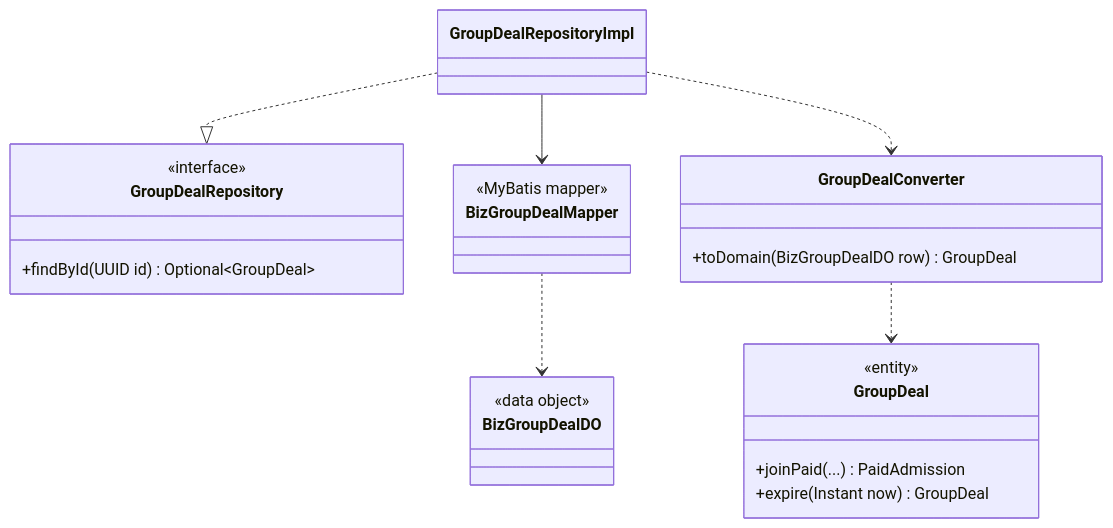
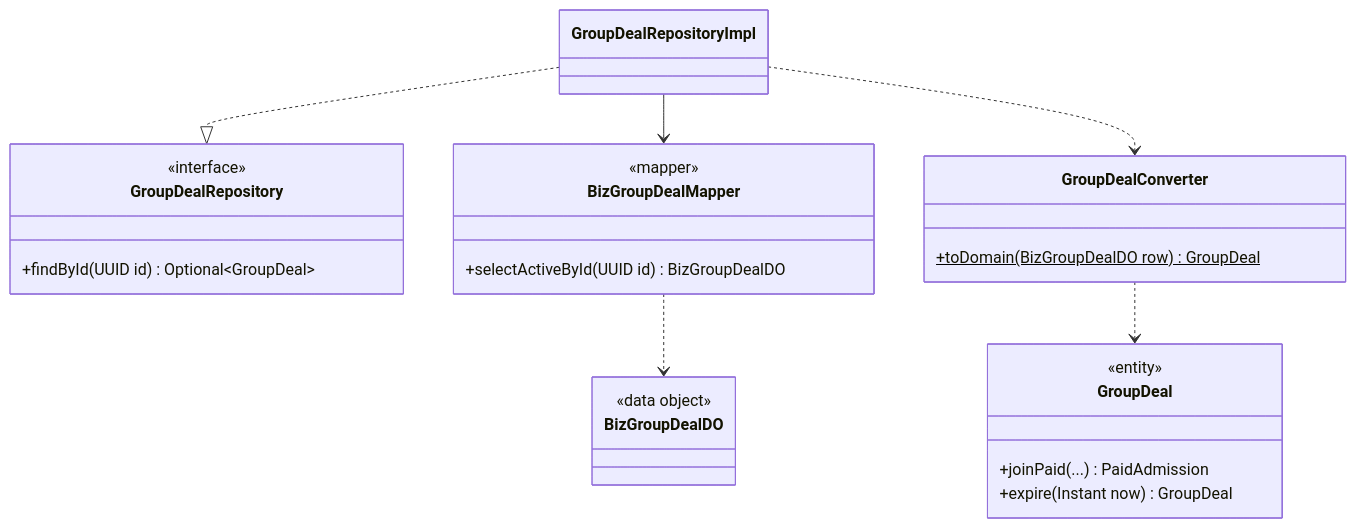
Before and after one commit to PPsyrius/iss-groupbuy-team8: the seventh of 14 diagrams in docs/swe5006/report-drafts/transition-strategies.md, drawn with Mermaid. The commit also changed other lines of this file and 1 other file, not shown here.

````diff
--- a/docs/swe5006/report-drafts/transition-strategies.md
+++ b/docs/swe5006/report-drafts/transition-strategies.md
@@ -306,27 +290,28 @@
 ```mermaid
 classDiagram
     class GroupDeal {
         <<entity>>
         +joinPaid(...) PaidAdmission
         +expire(Instant now) GroupDeal
     }
     class GroupDealRepository {
         <<interface>>
         +findById(UUID id) Optional~GroupDeal~
     }
     class GroupDealRepositoryImpl
     class BizGroupDealMapper {
-        <<MyBatis mapper>>
+        <<mapper>>
+        +selectActiveById(UUID id) BizGroupDealDO
     }
     class BizGroupDealDO {
         <<data object>>
     }
     class GroupDealConverter {
-        +toDomain(BizGroupDealDO row) GroupDeal
+        +toDomain(BizGroupDealDO row) GroupDeal$
     }
     GroupDealRepositoryImpl ..|> GroupDealRepository
     GroupDealRepositoryImpl --> BizGroupDealMapper
     GroupDealRepositoryImpl ..> GroupDealConverter
     BizGroupDealMapper ..> BizGroupDealDO
     GroupDealConverter ..> GroupDeal
 ```
````
